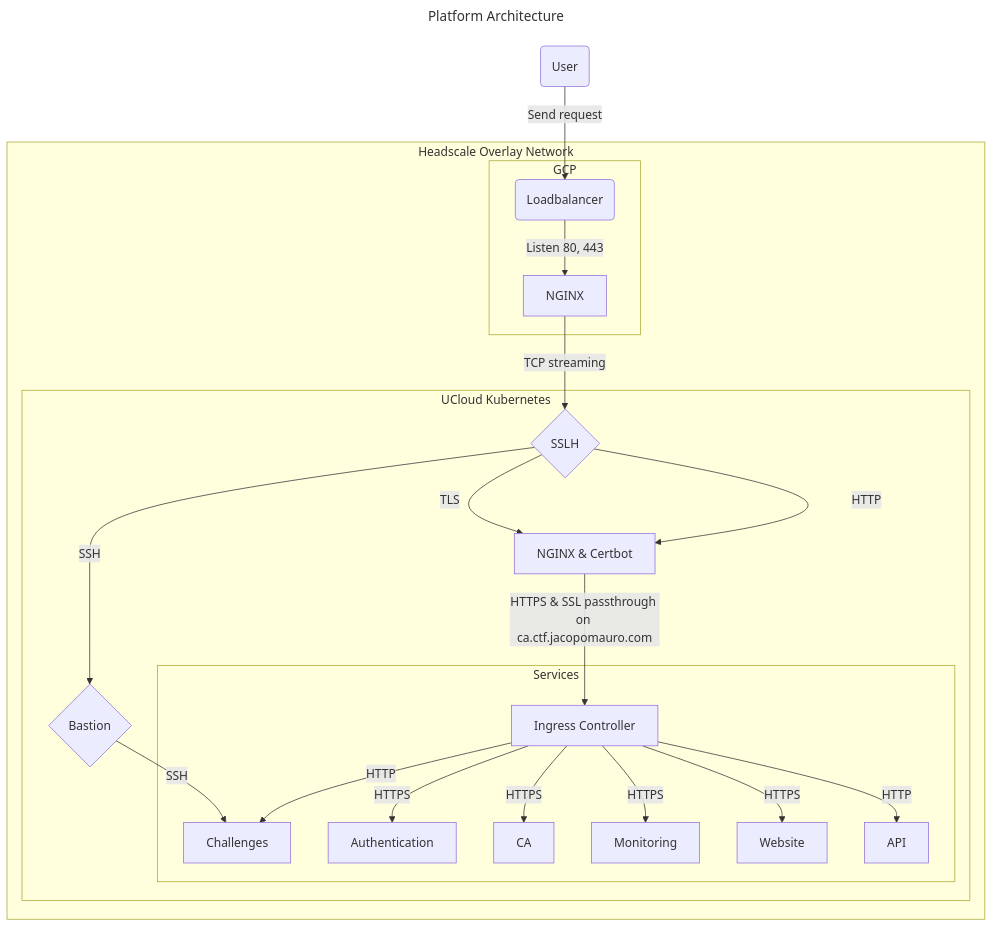
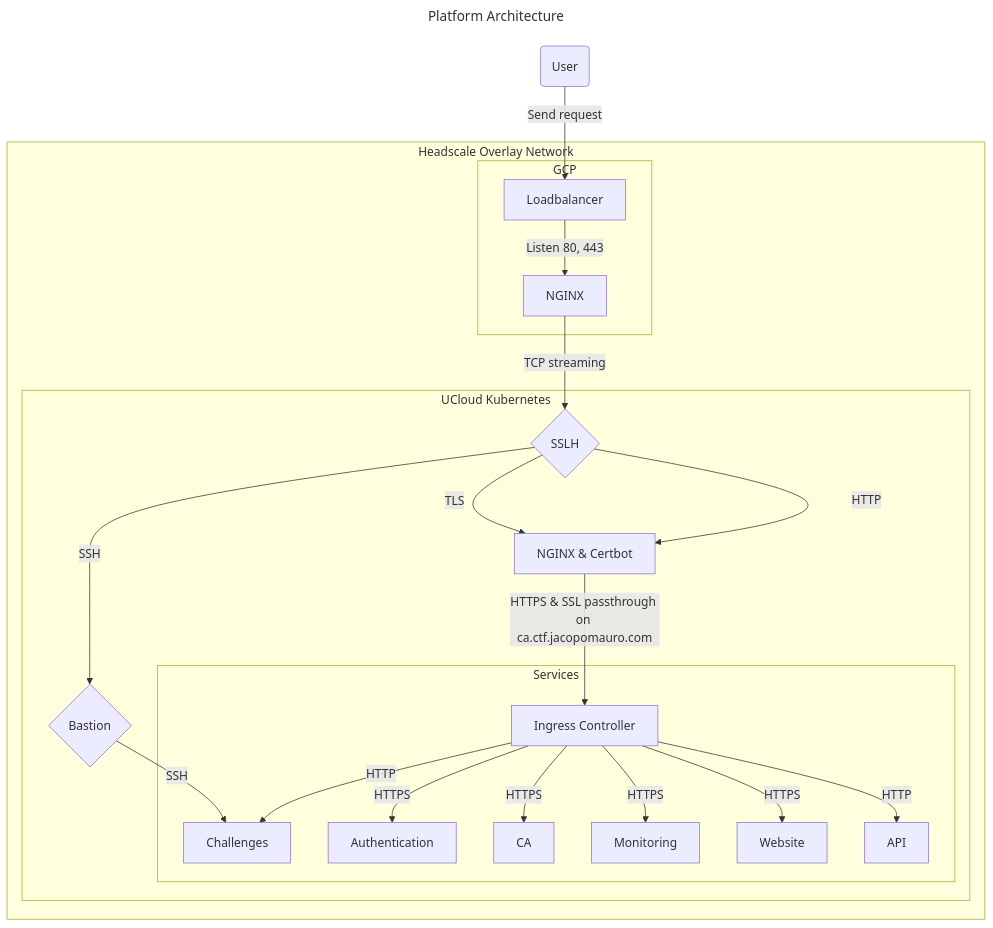
One commit to mattrent/CTF-Platform changed the diagram in README.md. Above: the diagram before and after it, drawn with Mermaid. The commit also changed 1 other file, not shown here.

Commit message:
update mermaid

````diff
--- a/README.md
+++ b/README.md
@@ -62,28 +62,28 @@
 ```mermaid
 ---
 title: Platform Architecture
 ---
 graph TD
-    A(User) -->|Send request| B(Loadbalancer)
+    A(User) -->|Send request| B[Loadbalancer]
 subgraph Headscale Overlay Network
 subgraph GCP
     B -->|Listen 80, 443| C[NGINX]
 end
 subgraph UCloud Kubernetes
     C -->|TCP streaming| J{SSLH}
     J -->|SSH| K{Bastion}
     J -->|TLS| L[NGINX & Certbot]
     J -->|HTTP| L
     K -->|SSH| E[Challenges]
     L -->|HTTPS & SSL passthrough on ca.ctf.jacopomauro.com| G[Ingress Controller]
 subgraph Services
     G -->|HTTPS| H[Authentication]
     G -->|HTTPS| I[CA]
     G -->|HTTP| E
     G -->|HTTPS| F[Monitoring]
     G -->|HTTPS| O[Website]
     G -->|HTTP| P[API]
 end
 end
 end
 ```
````
